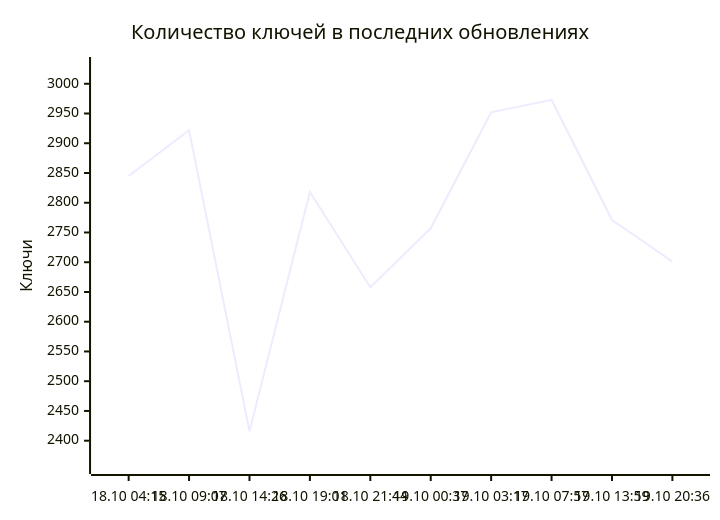
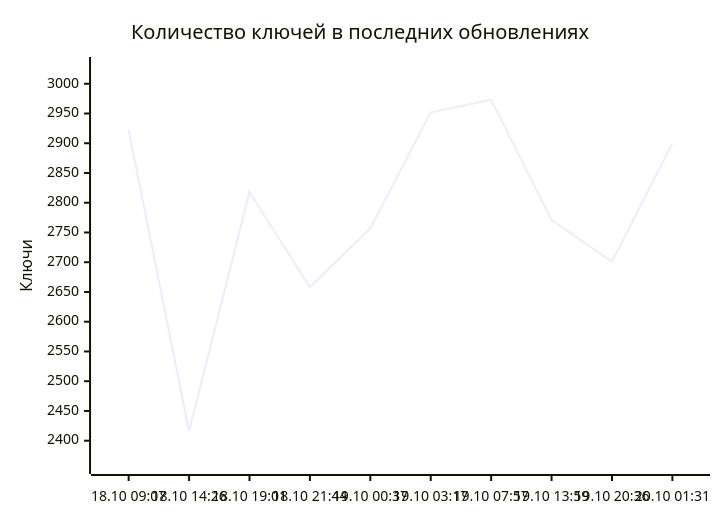
One commit to markKikhtenko/WireVeil changed the diagram in README.md. Above: the diagram before and after it, drawn with Mermaid. The commit also changed other lines of this file and 13 other files, not shown here.

````diff
--- a/README.md
+++ b/README.md
@@ -55,7 +55,7 @@
 ```mermaid
 xychart-beta
     title "Количество ключей в последних обновлениях"
-    x-axis ["18.10 04:15", "18.10 09:07", "18.10 14:26", "18.10 19:01", "18.10 21:44", "19.10 00:37", "19.10 03:17", "19.10 07:57", "19.10 13:59", "19.10 20:36"]
+    x-axis ["18.10 09:07", "18.10 14:26", "18.10 19:01", "18.10 21:44", "19.10 00:37", "19.10 03:17", "19.10 07:57", "19.10 13:59", "19.10 20:36", "20.10 01:31"]
     y-axis "Ключи" 2360 --> 3029
-    line [2845, 2922, 2416, 2818, 2658, 2757, 2952, 2973, 2771, 2701]
+    line [2922, 2416, 2818, 2658, 2757, 2952, 2973, 2771, 2701, 2900]
 ```
````
